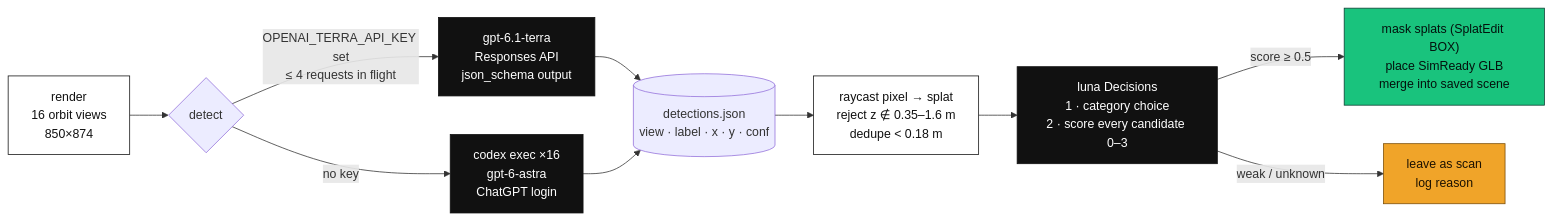
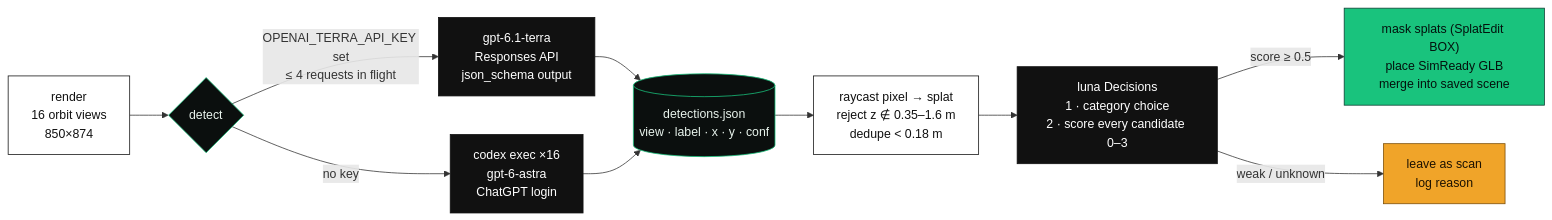
The fourth of 5 diagrams in README.md (bede-lau/Morpheus), drawn with Mermaid before and after one commit. The commit also changed other lines of this file, not shown here.

First line of the commit message:
README: banner, demo gallery, Mermaid architecture, pipeline, discovery and planning diagrams

````diff
--- a/README.md
+++ b/README.md
@@ -204,17 +196,18 @@
 ```mermaid
 flowchart LR
     classDef step fill:#fff,stroke:#111,color:#111
     classDef ai fill:#111,stroke:#111,color:#fff
     classDef ok fill:#19c37d,stroke:#0b3d31,color:#04120d
     classDef no fill:#f0a429,stroke:#7a4d06,color:#1d1200
 
-    R["render<br/>16 orbit views<br/>850×874"]:::step --> D{"detect"}
+    classDef q fill:#0b0f0e,stroke:#19c37d,color:#e8f3ec
+    R["render<br/>16 orbit views<br/>850×874"]:::step --> D{"detect"}:::q
     D -->|"OPENAI_TERRA_API_KEY set<br/>≤ 4 requests in flight"| T["gpt-6.1-terra<br/>Responses API<br/>json_schema output"]:::ai
     D -->|"no key"| A["codex exec ×16<br/>gpt-6-astra<br/>ChatGPT login"]:::ai
-    T --> J[("detections.json<br/>view · label · x · y · conf")]
+    T --> J[("detections.json<br/>view · label · x · y · conf")]:::q
     A --> J
     J --> RC["raycast pixel → splat<br/>reject z ∉ 0.35–1.6 m<br/>dedupe < 0.18 m"]:::step
     RC --> L["luna Decisions<br/>1 · category choice<br/>2 · score every candidate 0–3"]:::ai
     L -->|"score ≥ 0.5"| S["mask splats (SplatEdit BOX)<br/>place SimReady GLB<br/>merge into saved scene"]:::ok
     L -->|"weak / unknown"| K["leave as scan<br/>log reason"]:::no
 ```
````
